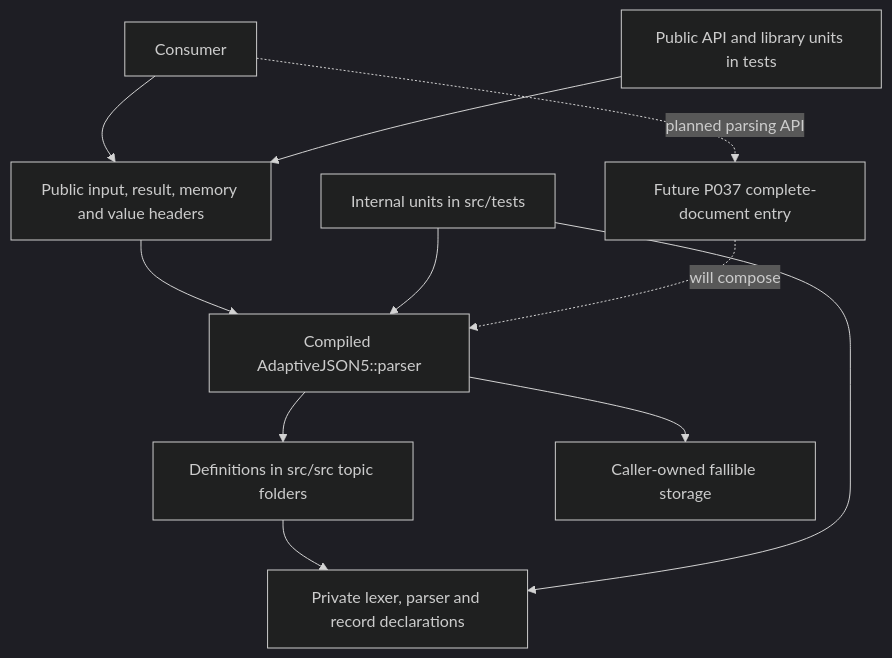
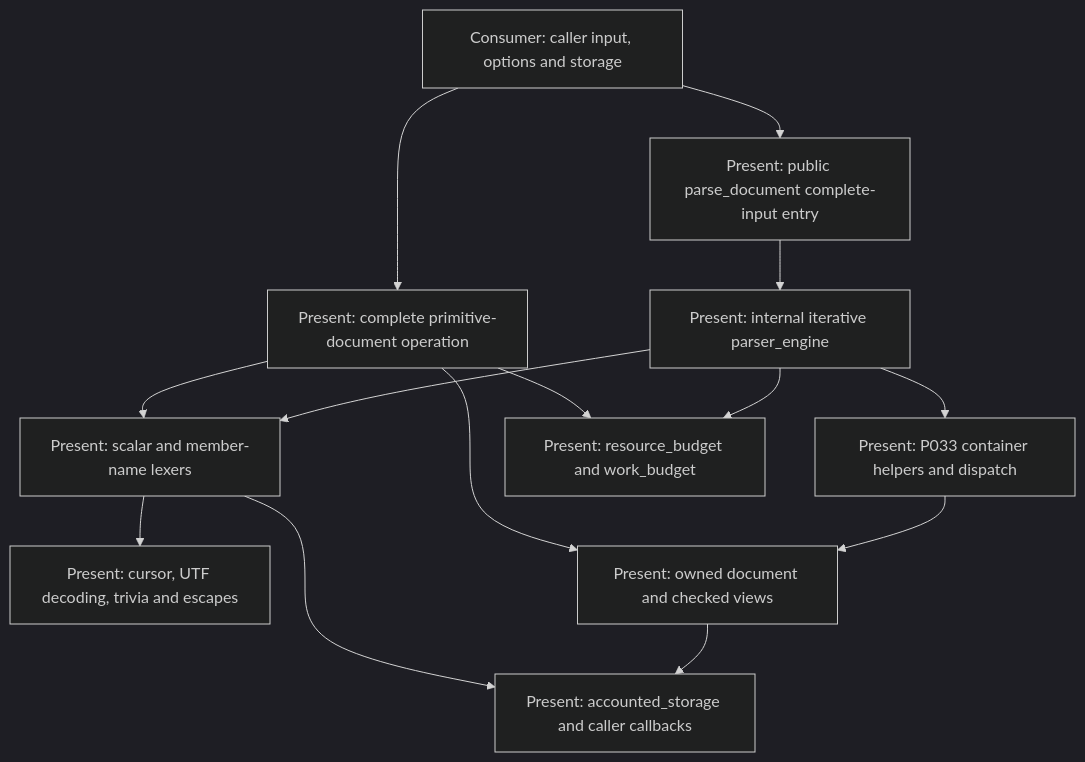
The fourth of 14 diagrams in docs/architecture.md (Romanr92/Adaptive_JSON5), drawn with Mermaid (dark theme) before and after one commit. The commit also changed other lines of this file and 699 other files, not shown here.

First line of the commit message:
Complete numeric operations, diagnostics and JSON5 support evidence (P038–P041) (#100)

````diff
--- a/docs/architecture.md
+++ b/docs/architecture.md
@@ -35,22 +310,26 @@
 ```mermaid
 flowchart TB
-    Consumer[Consumer]
-    Public[Public input, result, memory and value headers]
-    Library[Compiled AdaptiveJSON5::parser]
-    Private[Private lexer, parser and record declarations]
-    Source[Definitions in src/src topic folders]
-    InternalTests[Internal units in src/tests]
-    PublicTests[Public API and library units in tests]
-    Provider[Caller-owned fallible storage]
-    Future[Future P037 complete-document entry]
-    Consumer --> Public
-    PublicTests --> Public
-    Public --> Library
-    Library --> Source
-    Source --> Private
-    InternalTests --> Private
-    InternalTests --> Library
-    Library --> Provider
-    Consumer -. planned parsing API .-> Future
-    Future -. will compose .-> Library
+    Consumer[Consumer: caller input, options and storage]
+    Entry[Present: public parse_document complete-input entry]
+    Primitive[Present: complete primitive-document operation]
+    Engine[Present: internal iterative parser_engine]
+    Helpers[Present: P033 container helpers and dispatch]
+    Lexers[Present: scalar and member-name lexers]
+    Characters[Present: cursor, UTF decoding, trivia and escapes]
+    Model[Present: owned document and checked views]
+    Resources[Present: resource_budget and work_budget]
+    Storage[Present: accounted_storage and caller callbacks]
+    Consumer --> Primitive
+    Consumer --> Entry
+    Entry --> Engine
+    Primitive --> Lexers
+    Primitive --> Model
+    Primitive --> Resources
+    Engine --> Helpers
+    Engine --> Lexers
+    Engine --> Resources
+    Helpers --> Model
+    Lexers --> Characters
+    Lexers --> Storage
+    Model --> Storage
 ```
````
